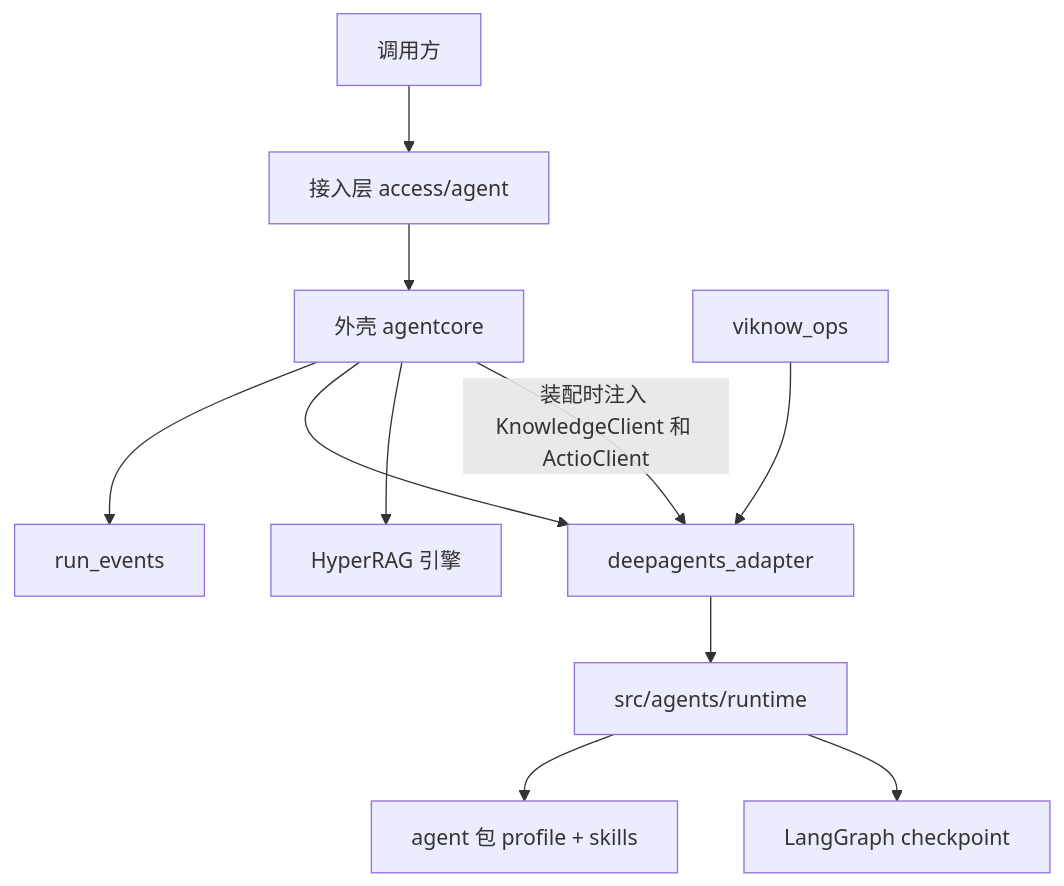
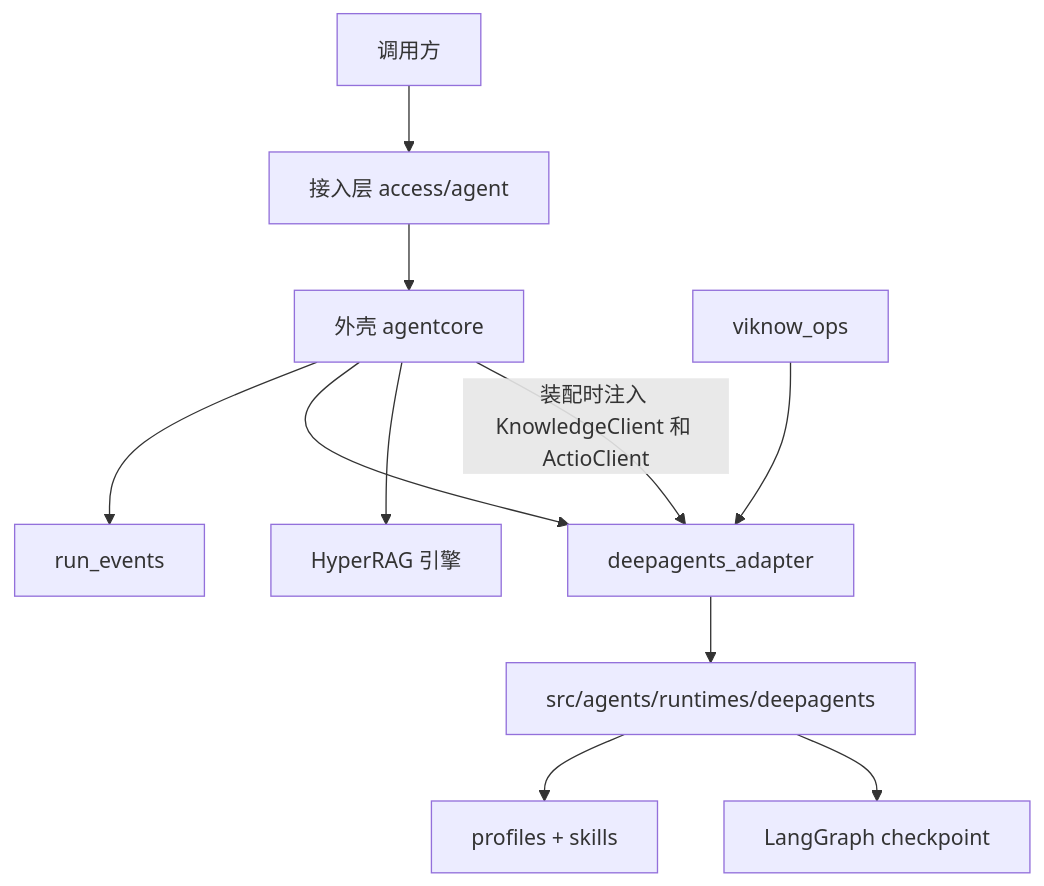
The first of 3 diagrams in viknow3-work/docs/agent/runtime.md (bigwubro/viknow-cloud-agent-bridge), drawn with Mermaid before and after one commit. The commit also changed other lines of this file and 273 other files, not shown here.

First line of the commit message:
Split agent profiles, skills, and turn loops into separate directories.

````diff
--- a/viknow3-work/docs/agent/runtime.md
+++ b/viknow3-work/docs/agent/runtime.md
@@ -17,22 +17,22 @@
 ```mermaid
 flowchart TB
   caller["调用方"]
   access["接入层 access/agent"]
   shell["外壳 agentcore"]
   events["run_events"]
   adapter["deepagents_adapter"]
-  runtime["src/agents/runtime"]
-  pkg["agent 包 profile + skills"]
+  runtime["src/agents/runtimes/deepagents"]
+  pkg["profiles + skills"]
   ckpt["LangGraph checkpoint"]
   ops["viknow_ops"]
   engine["HyperRAG 引擎"]
 
   caller --> access --> shell
   shell --> events
   shell --> adapter --> runtime
   runtime --> pkg
   runtime --> ckpt
   ops --> adapter
   shell --> engine
   shell -->|"装配时注入 KnowledgeClient 和 ActioClient"| adapter
 ```
````
